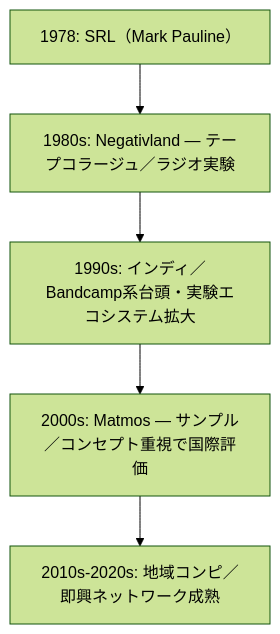
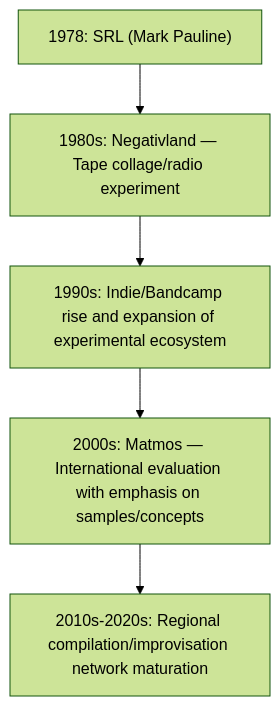
The diagram in en/_posts/2025-10-01-Column-Bay-Area-San-Francisco-Noise.md (monumental-movement/monumental-movement.github.io), drawn with Mermaid (forest theme) before and after one commit. The commit also changed other lines of this file and 1719 other files, not shown here.

```diff
--- a/en/_posts/2025-10-01-Column-Bay-Area-San-Francisco-Noise.md
+++ b/en/_posts/2025-10-01-Column-Bay-Area-San-Francisco-Noise.md
@@ -43,7 +48,7 @@
 <div class="mermaid">
 flowchart TD
-    A["1978: SRL（Mark Pauline）"] --> B["1980s: Negativland — テープコラージュ／ラジオ実験"]
-    B --> C["1990s: インディ／Bandcamp系台頭・実験エコシステム拡大"]
-    C --> D["2000s: Matmos — サンプル／コンセプト重視で国際評価"]
-    D --> E["2010s-2020s: 地域コンピ／即興ネットワーク成熟"]
+A["1978: SRL (Mark Pauline)"] --> B["1980s: Negativland — Tape collage/radio experiment"]
+B --> C["1990s: Indie/Bandcamp rise and expansion of experimental ecosystem"]
+C --> D["2000s: Matmos — International evaluation with emphasis on samples/concepts"]
+D --> E["2010s-2020s: Regional compilation/improvisation network maturation"]
 </div>
```
